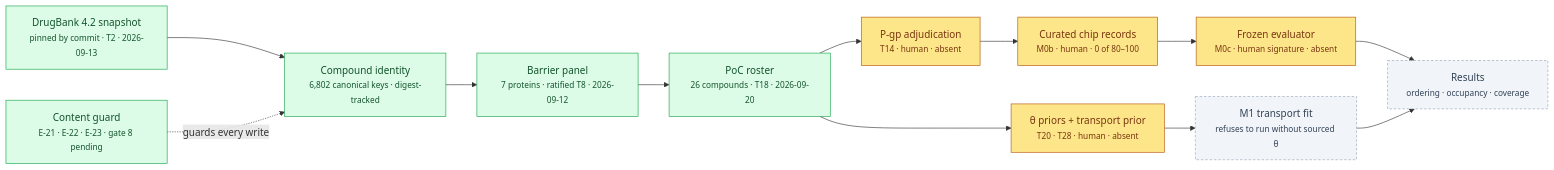
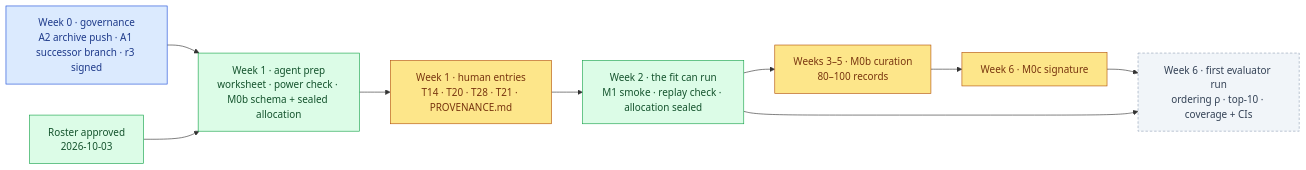
Before and after one commit to supmo668/bioFM: the diagram in docs/hacp/lung-on-chipsim/index.md, drawn with Mermaid. The commit also changed other lines of this file and 10 other files, not shown here.

````diff
--- a/docs/hacp/lung-on-chipsim/index.md
+++ b/docs/hacp/lung-on-chipsim/index.md
@@ -38,20 +46,18 @@
 ```mermaid
 flowchart LR
-  classDef done fill:#dcfce7,stroke:#16a34a,color:#14532d
   classDef human fill:#fde68a,stroke:#b45309,color:#78350f
-  classDef wait fill:#f1f5f9,stroke:#94a3b8,color:#334155,stroke-dasharray:4 3
-  S["DrugBank 4.2 snapshot<br/><small>pinned by commit · T2 · 2026-09-13</small>"]:::done
-  I["Compound identity<br/><small>6,802 canonical keys · digest-tracked</small>"]:::done
-  P["Barrier panel<br/><small>7 proteins · ratified T8 · 2026-09-12</small>"]:::done
-  R["PoC roster<br/><small>26 compounds · T18 · 2026-09-20</small>"]:::done
-  G["Content guard<br/><small>E-21 · E-22 · E-23 · gate 8 pending</small>"]:::done
-  A["P-gp adjudication<br/><small>T14 · human · absent</small>"]:::human
-  C["Curated chip records<br/><small>M0b · human · 0 of 80–100</small>"]:::human
-  E["Frozen evaluator<br/><small>M0c · human signature · absent</small>"]:::human
-  T["θ priors + transport prior<br/><small>T20 · T28 · human · absent</small>"]:::human
-  F["M1 transport fit<br/><small>refuses to run without sourced θ</small>"]:::wait
-  X["Results<br/><small>ordering · occupancy · coverage</small>"]:::wait
-  S --> I --> P --> R --> A --> C --> E --> X
-  R --> T --> F --> X
-  G -.->|"guards every write"| I
+  classDef agent fill:#dcfce7,stroke:#16a34a,color:#14532d
+  classDef cto fill:#dbeafe,stroke:#1d4ed8,color:#1e3a8a
+  classDef out fill:#f1f5f9,stroke:#94a3b8,color:#334155,stroke-dasharray:4 3
+  W0["Week 0 · governance<br>A2 archive push · A1 successor branch · r3 signed"]:::cto
+  R["Roster approved<br>2026-10-03"]:::agent
+  W1H["Week 1 · human entries<br>T14 · T20 · T28 · T21 · PROVENANCE.md"]:::human
+  W1A["Week 1 · agent prep<br>worksheet · power check · M0b schema + sealed allocation"]:::agent
+  W2["Week 2 · the fit can run<br>M1 smoke · replay check · allocation sealed"]:::agent
+  W35["Weeks 3–5 · M0b curation<br>80–100 records"]:::human
+  W6S["Week 6 · M0c signature"]:::human
+  X["Week 6 · first evaluator run<br>ordering ρ · top-10 · coverage + CIs"]:::out
+  W0 --> W1A
+  R --> W1A --> W1H --> W2 --> W35 --> W6S --> X
+  W2 --> X
 ```
````
